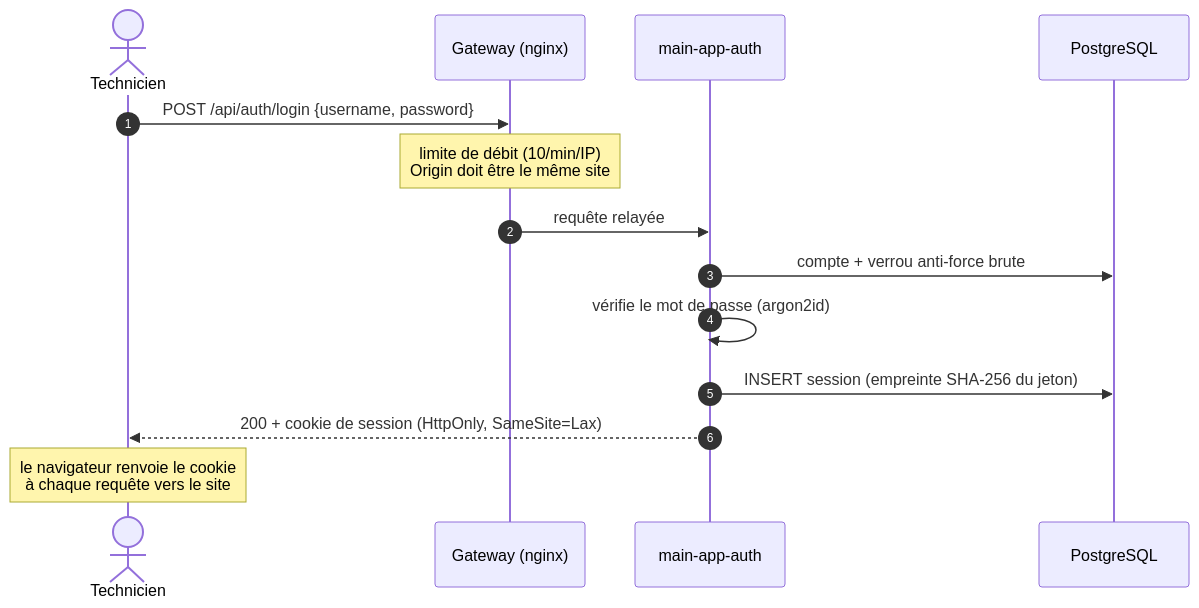
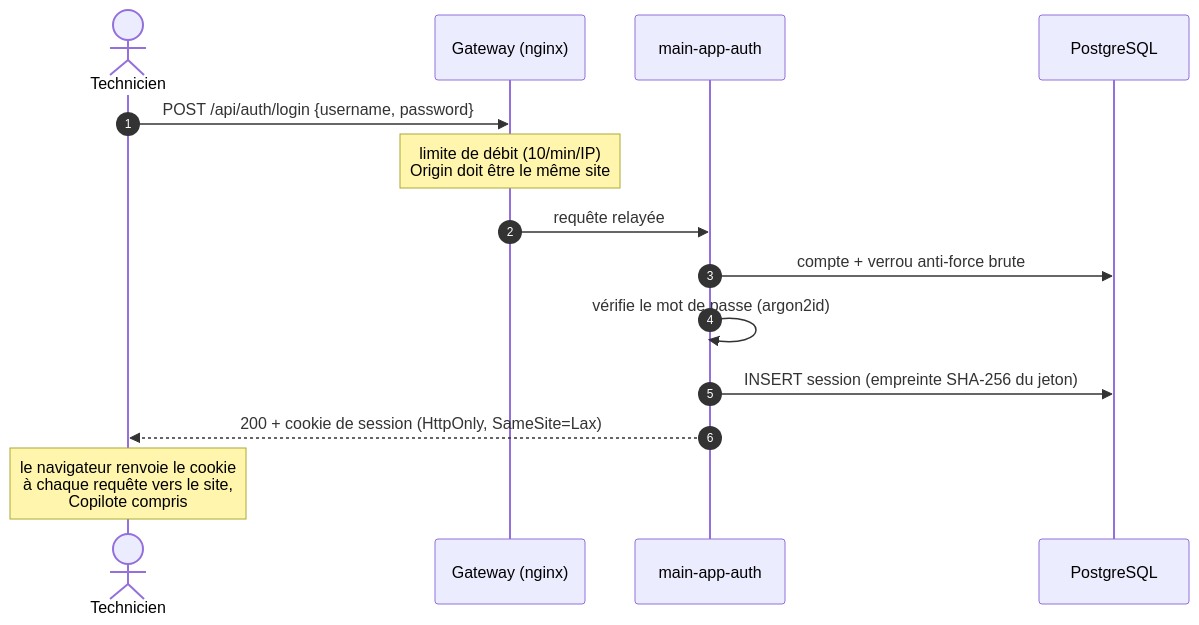
The second of 4 diagrams in docs/demarrage-et-connexions.md (kalinuxjohn-ctrl/atm-chatbot), drawn with Mermaid before and after one commit. The commit also changed other lines of this file and 43 other files, not shown here.

````diff
--- a/docs/demarrage-et-connexions.md
+++ b/docs/demarrage-et-connexions.md
@@ -234,17 +237,17 @@
 ```mermaid
 sequenceDiagram
     autonumber
     actor T as Technicien
     participant G as Gateway (nginx)
     participant A as main-app-auth
     participant DB as PostgreSQL
 
     T->>G: POST /api/auth/login {username, password}
     Note over G: limite de débit (10/min/IP)<br/>Origin doit être le même site
     G->>A: requête relayée
     A->>DB: compte + verrou anti-force brute
     A->>A: vérifie le mot de passe (argon2id)
     A->>DB: INSERT session (empreinte SHA-256 du jeton)
     A-->>T: 200 + cookie de session (HttpOnly, SameSite=Lax)
-    Note over T: le navigateur renvoie le cookie<br/>à chaque requête vers le site
+    Note over T: le navigateur renvoie le cookie<br/>à chaque requête vers le site,<br/>Copilote compris
 ```
````
